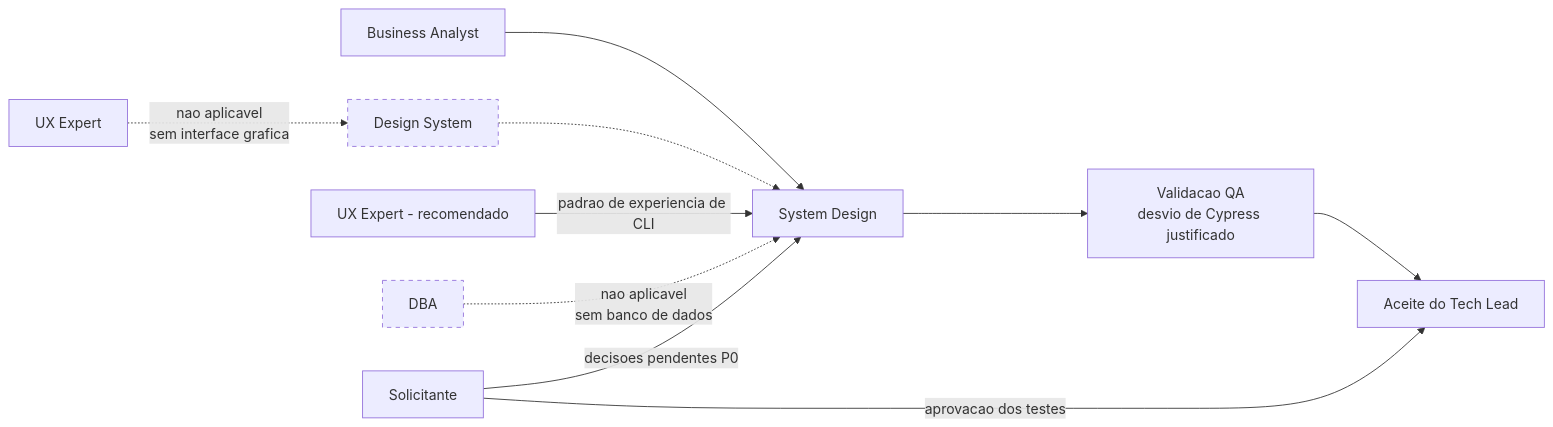
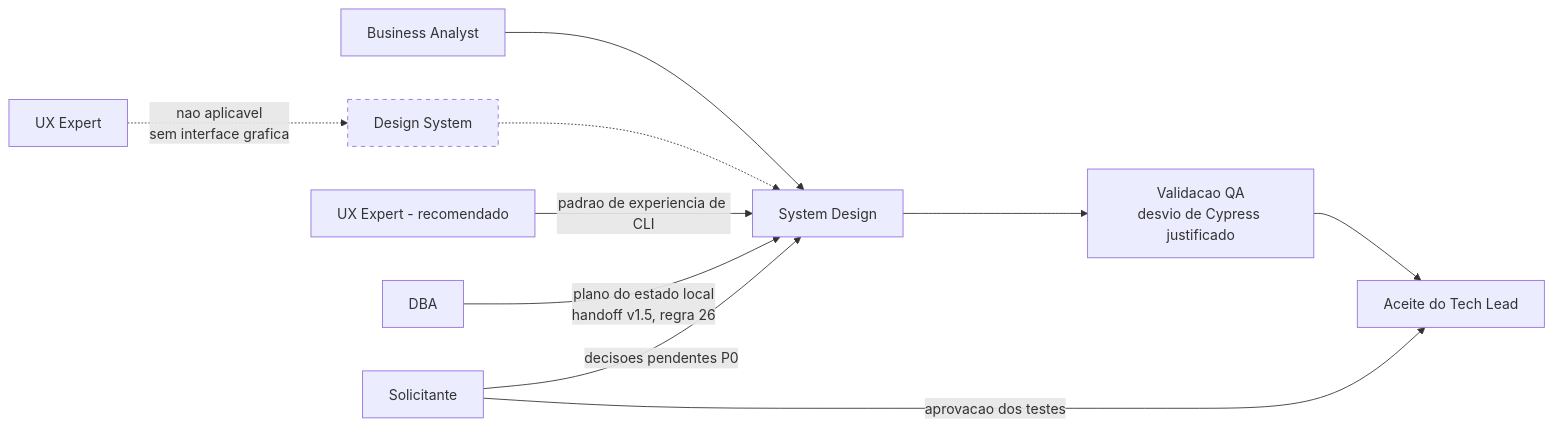
One commit to salesadriano/dropbox_sync changed the eighth of 8 diagrams in docs/arquitetura/system-design.md. Above: the diagram before and after it, drawn with Mermaid. The commit also changed other lines of this file and 48 other files, not shown here.

````diff
--- a/docs/arquitetura/system-design.md
+++ b/docs/arquitetura/system-design.md
@@ -661,15 +780,14 @@
 ```mermaid
 flowchart LR
   BA[Business Analyst] --> SD[System Design]
   UX[UX Expert] -.nao aplicavel<br/>sem interface grafica.-> DS[Design System]
   DS -.-> SD
   UXC[UX Expert - recomendado] -->|padrao de experiencia de CLI| SD
-  DBA[DBA] -.nao aplicavel<br/>sem banco de dados.-> SD
+  DBA[DBA] -->|plano do estado local<br/>handoff v1.5, regra 26| SD
   SD --> QA[Validacao QA<br/>desvio de Cypress justificado]
   QA --> TL[Aceite do Tech Lead]
   SOL[Solicitante] -->|decisoes pendentes P0| SD
   SOL -->|aprovacao dos testes| TL
 
   style DS stroke-dasharray: 5 5
-  style DBA stroke-dasharray: 5 5
 ```
````
